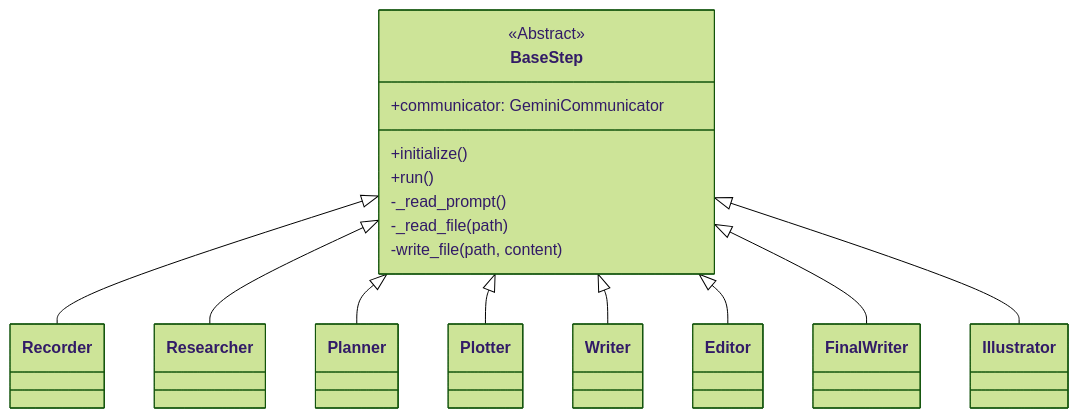
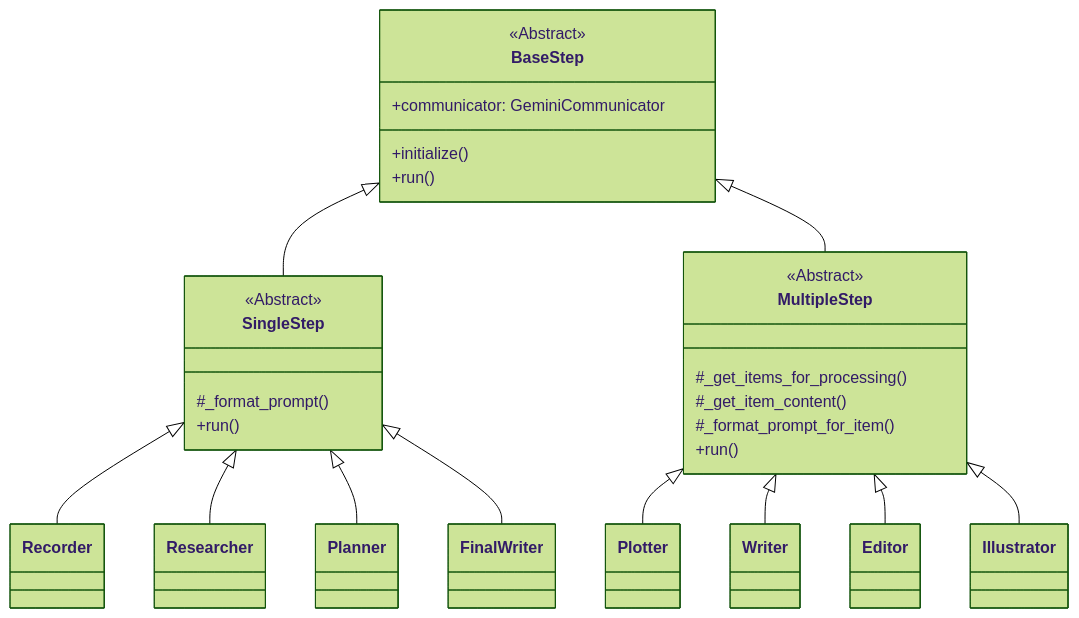
Before and after one commit to yomai-hiyashidewa/novel_workflow: the fourth of 7 diagrams in doc/technical_overview.md, drawn with Mermaid (forest theme). The commit also changed other lines of this file and 7 other files, not shown here.

````diff
--- a/doc/technical_overview.md
+++ b/doc/technical_overview.md
@@ -39,21 +86,36 @@
 ```mermaid
 classDiagram
     class BaseStep {
         <<Abstract>>
         +communicator: GeminiCommunicator
         +initialize()
         +run()
-        -_read_prompt()
-        -_read_file(path)
-        -write_file(path, content)
     }
 
-    BaseStep <|-- Recorder
-    BaseStep <|-- Researcher
-    BaseStep <|-- Planner
-    BaseStep <|-- Plotter
-    BaseStep <|-- Writer
-    BaseStep <|-- Editor
-    BaseStep <|-- FinalWriter
-    BaseStep <|-- Illustrator
+    class SingleStep {
+        <<Abstract>>
+        #_format_prompt()
+        +run()
+    }
+    
+    class MultipleStep {
+        <<Abstract>>
+        #_get_items_for_processing()
+        #_get_item_content()
+        #_format_prompt_for_item()
+        +run()
+    }
+
+    BaseStep <|-- SingleStep
+    BaseStep <|-- MultipleStep
+
+    SingleStep <|-- Recorder
+    SingleStep <|-- Researcher
+    SingleStep <|-- Planner
+    SingleStep <|-- FinalWriter
+
+    MultipleStep <|-- Plotter
+    MultipleStep <|-- Writer
+    MultipleStep <|-- Editor
+    MultipleStep <|-- Illustrator
 ```
````
